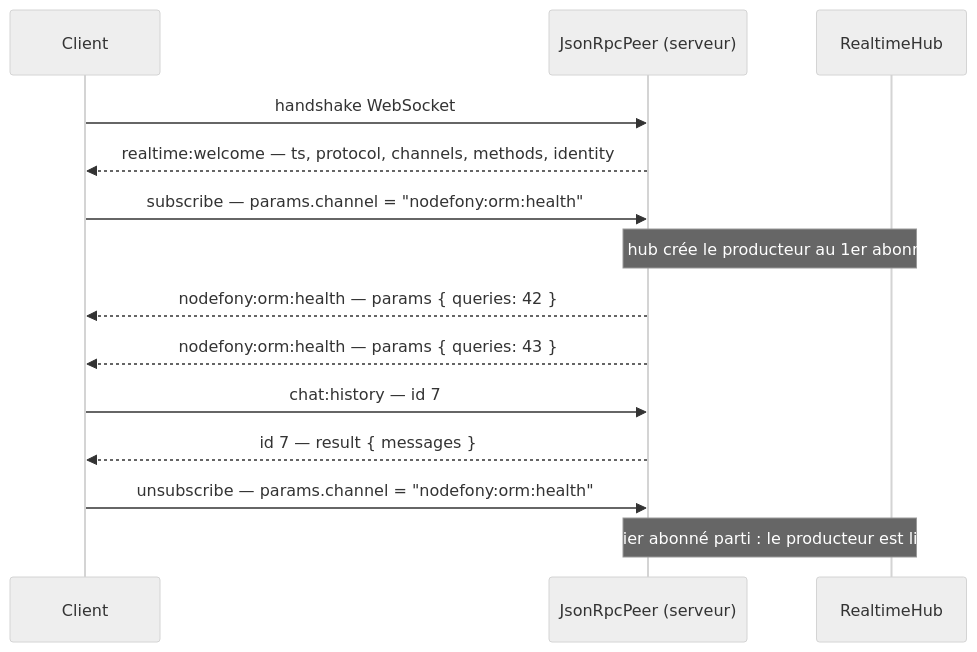
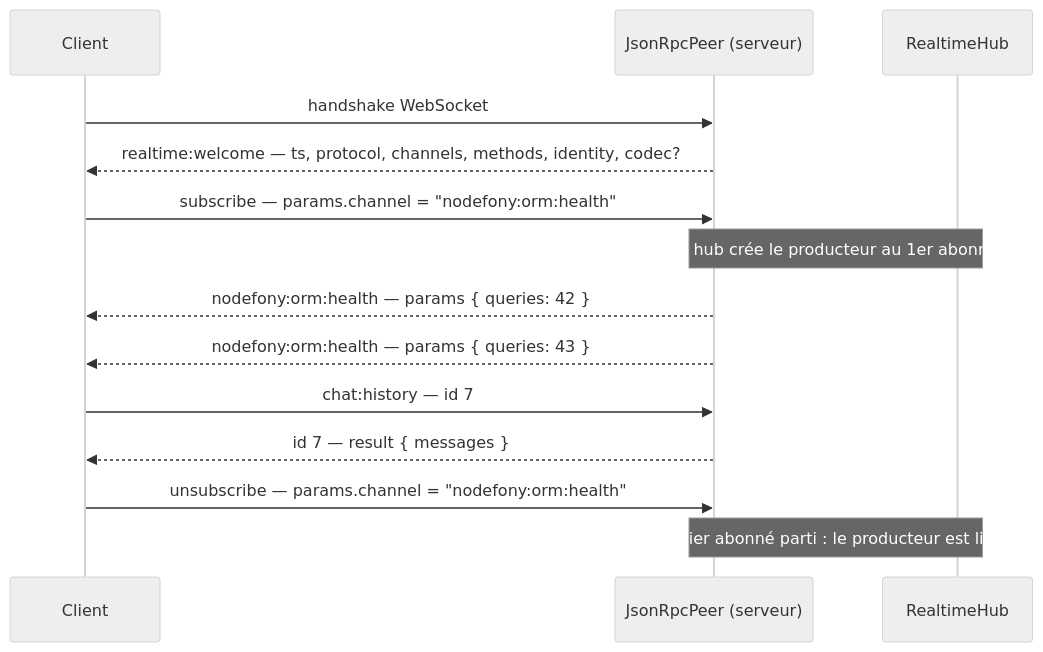
The second of 2 diagrams in src/packages/@nodefony/realtime/docs/protocole.md (nodefony/nodefony-core), drawn with Mermaid (neutral theme) before and after one commit. The commit also changed other lines of this file and 39 other files, not shown here.

````diff
--- a/src/packages/@nodefony/realtime/docs/protocole.md
+++ b/src/packages/@nodefony/realtime/docs/protocole.md
@@ -394,16 +401,16 @@
 ```mermaid
 sequenceDiagram
   participant C as Client
   participant P as JsonRpcPeer (serveur)
   participant H as RealtimeHub
   C->>P: handshake WebSocket
-  P-->>C: realtime:welcome — ts, protocol, channels, methods, identity
+  P-->>C: realtime:welcome — ts, protocol, channels, methods, identity, codec?
   C->>P: subscribe — params.channel = "nodefony:orm:health"
   Note over P,H: le hub crée le producteur au 1er abonné
   P-->>C: nodefony:orm:health — params { queries: 42 }
   P-->>C: nodefony:orm:health — params { queries: 43 }
   C->>P: chat:history — id 7
   P-->>C: id 7 — result { messages }
   C->>P: unsubscribe — params.channel = "nodefony:orm:health"
   Note over P,H: dernier abonné parti : le producteur est libéré
 ```
````
